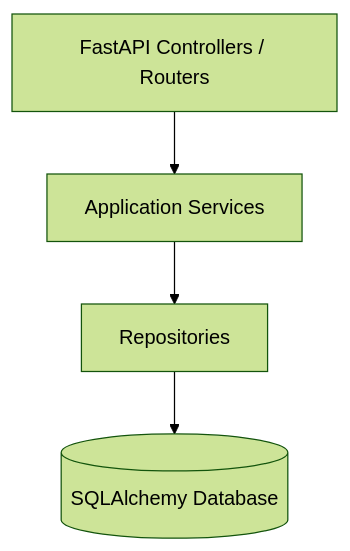
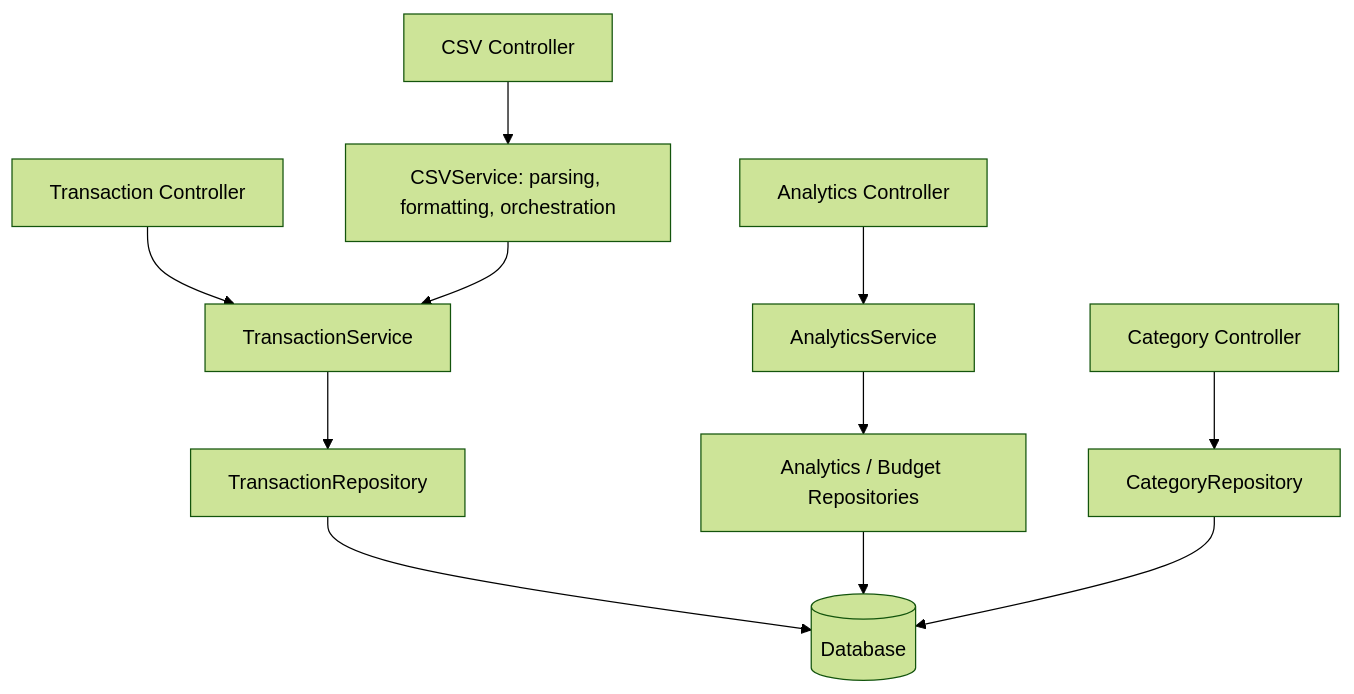
The first of 2 diagrams in docs/assignment-02-implementation.md (usman-pirzada/expensemate), drawn with Mermaid (forest theme) before and after one commit. The commit also changed other lines of this file and 1 other file, not shown here.

````diff
--- a/docs/assignment-02-implementation.md
+++ b/docs/assignment-02-implementation.md
@@ -7,6 +9,13 @@
 ```mermaid
 flowchart TD
-    C[FastAPI Controllers / Routers] --> S[Application Services]
-    S --> R[Repositories]
-    R --> D[(SQLAlchemy Database)]
+    TC[Transaction Controller] --> TS[TransactionService]
+    TS --> TR[TransactionRepository]
+    TR --> DB[(Database)]
+    AC[Analytics Controller] --> AS[AnalyticsService]
+    AS --> AR[Analytics / Budget Repositories]
+    AR --> DB
+    CC[Category Controller] --> CR[CategoryRepository]
+    CR --> DB
+    CSV[CSV Controller] --> CS[CSVService: parsing, formatting, orchestration]
+    CS --> TS
 ```
````
